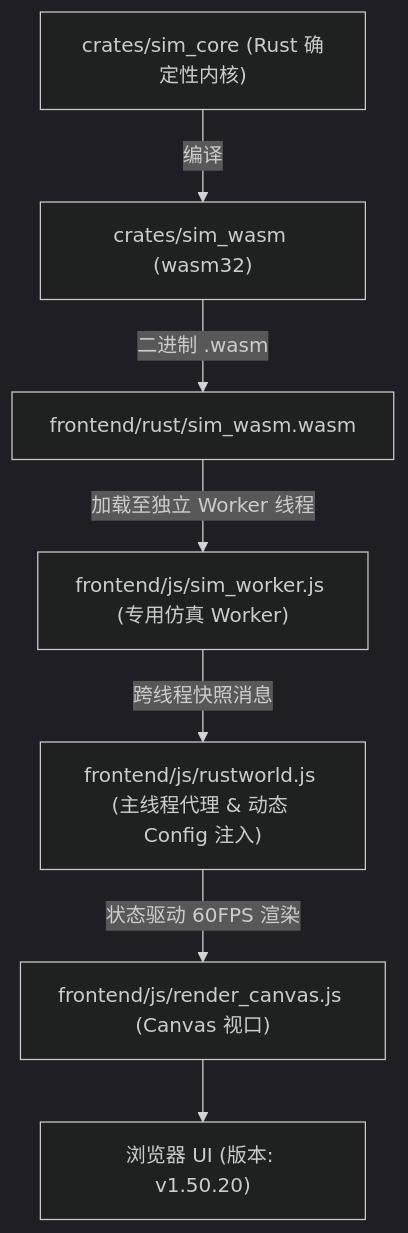
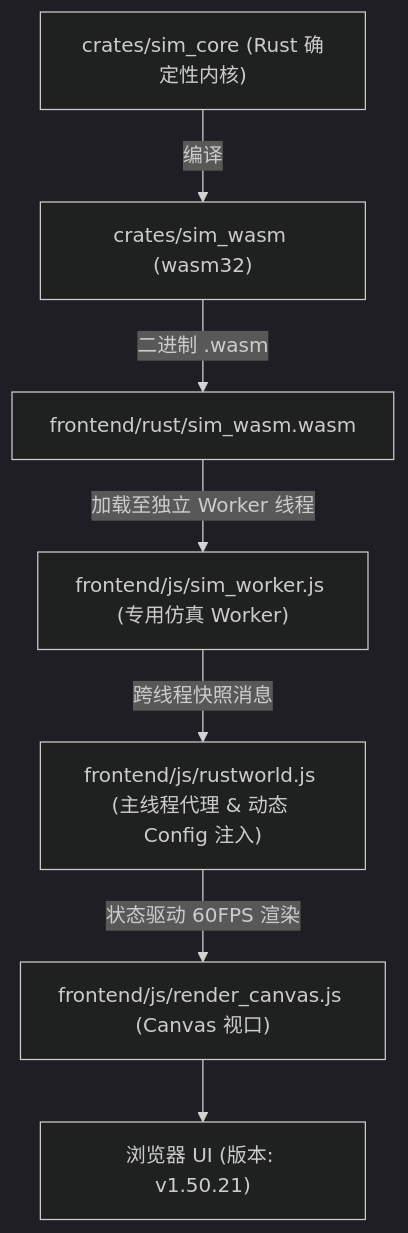
Before and after one commit to g39088902/FlowAndAccord: the diagram in AGENTS.md, drawn with Mermaid (dark theme). The commit also changed other lines of this file and 42 other files, not shown here.

````diff
--- a/AGENTS.md
+++ b/AGENTS.md
@@ -62,9 +62,9 @@
 ```mermaid
 graph TD
     A["crates/sim_core (Rust 确定性内核)"] -->|编译| B["crates/sim_wasm (wasm32)"]
     B -->|二进制 .wasm| C["frontend/rust/sim_wasm.wasm"]
     C -->|加载至独立 Worker 线程| D["frontend/js/sim_worker.js (专用仿真 Worker)"]
     D -->|跨线程快照消息| E["frontend/js/rustworld.js (主线程代理 & 动态 Config 注入)"]
     E -->|状态驱动 60FPS 渲染| F["frontend/js/render_canvas.js (Canvas 视口)"]
-    F --> G["浏览器 UI (版本: v1.50.20)"]
+    F --> G["浏览器 UI (版本: v1.50.21)"]
 ```
````
